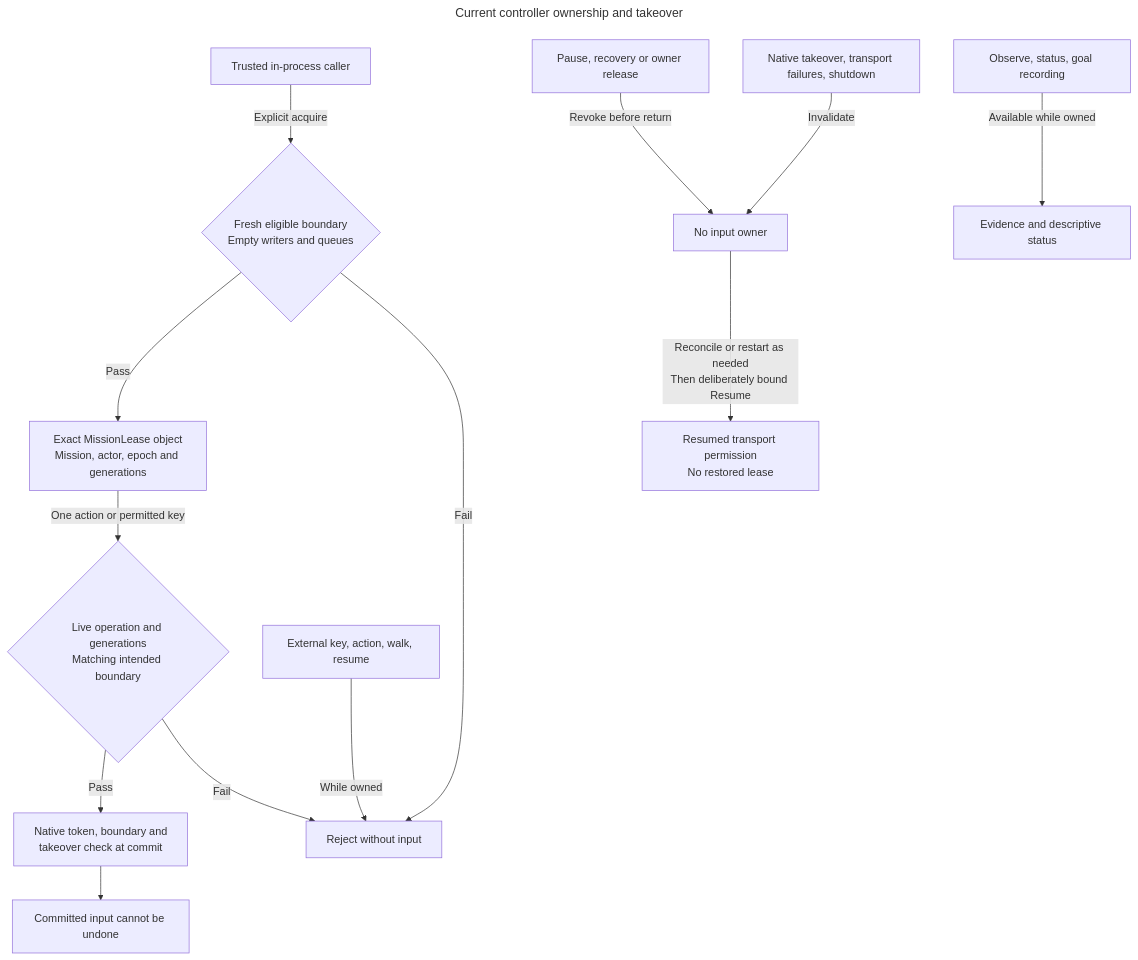
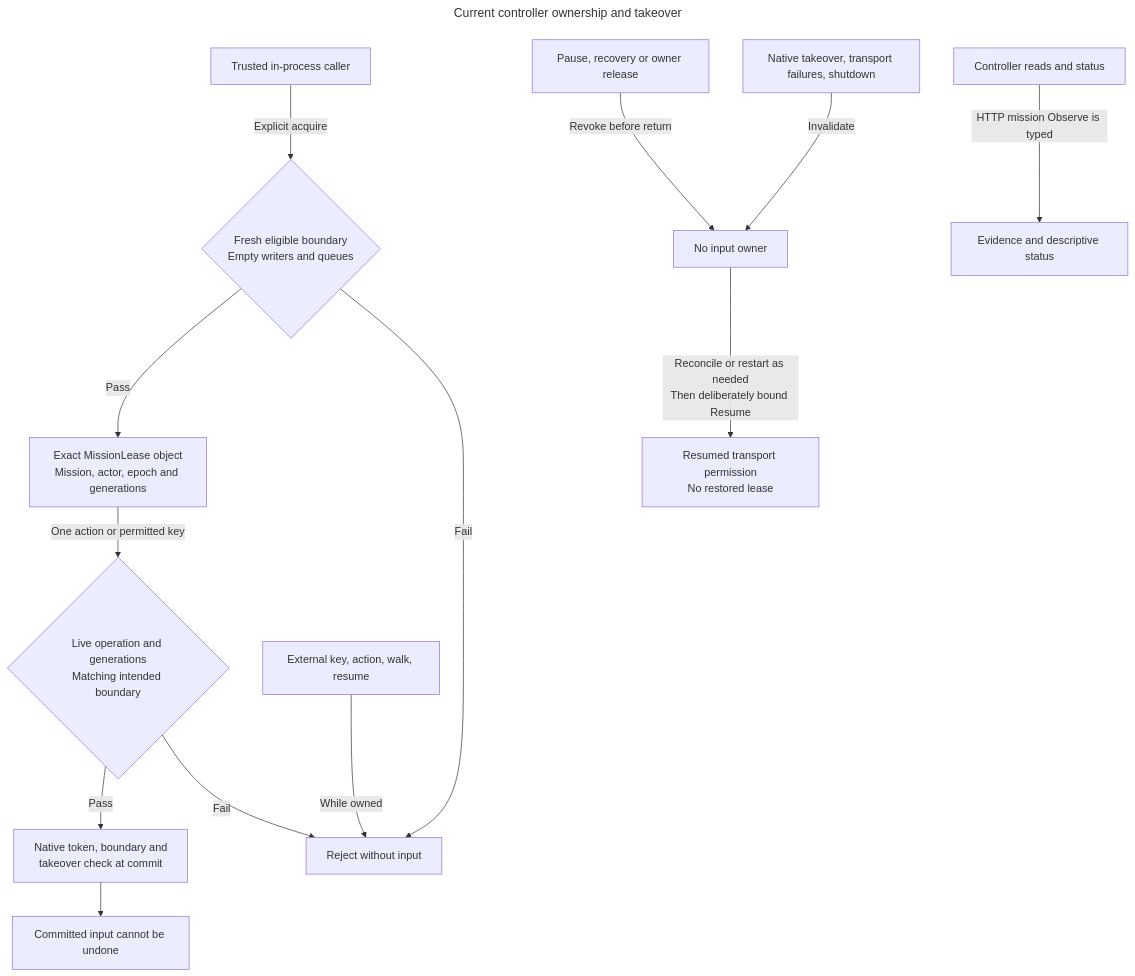
Before and after one commit to CVX-Hull/enactive: the diagram in docs/diagrams/run-ownership.mmd, drawn with Mermaid. The commit also changed 43 other files, not shown here.

Commit message:
Replace live waypoint ingress with the mission runtime

```diff
--- a/docs/diagrams/run-ownership.mmd
+++ b/docs/diagrams/run-ownership.mmd
@@ -1,18 +1,18 @@
 ---
 title: Current controller ownership and takeover
 ---
 flowchart TD
   accTitle: One mission operation owns input until revoked
-  accDescr: A trusted caller acquires a process-local capability only with fresh evidence eligible for its operation and empty queues. Navigation requires normal play; interaction and lifecycle can use supported menus. Each action or key rechecks the exact lease, host Pause and native takeover generations, and intended session/revision/boundary. Competing external input is rejected. Observe, status and goal recording remain available. Pause and recovery revoke ownership, and native takeover, transport failures and shutdown invalidate it. Resume does not reacquire. Native commit cannot be undone. The trusted runtime must separately admit the operation and lifecycle continuation; controller capability alone is not autonomous play.
+  accDescr: A trusted caller acquires a process-local capability only with fresh evidence eligible for its operation and empty queues. Navigation requires normal play; interaction and lifecycle can use supported menus. Each action or key rechecks the exact lease, host Pause and native takeover generations, and intended session/revision/boundary. Competing external input is rejected. Controller reads remain available; HTTP routes a nonterminal mission Observe through typed ingress and blocks raw recovery/input. Status and Pause remain available. Pause and recovery revoke ownership, and native takeover, transport failures and shutdown invalidate it. Resume does not reacquire. Native commit cannot be undone. The trusted runtime must separately admit the operation and lifecycle continuation; controller capability alone is not autonomous play.
   Caller[Trusted in-process caller] -->|Explicit acquire| Gate{Fresh eligible boundary<br/>Empty writers and queues}
   Gate -->|Pass| Lease[Exact MissionLease object<br/>Mission, actor, epoch and generations]
   Gate -->|Fail| Reject[Reject without input]
   Lease -->|One action or permitted key| Check{Live operation and generations<br/>Matching intended boundary}
   Check -->|Pass| Native[Native token, boundary and<br/>takeover check at commit]
   Check -->|Fail| Reject
   External[External key, action, walk, resume] -->|While owned| Reject
   Operator[Pause, recovery or owner release] -->|Revoke before return| Revoke[No input owner]
   Invalidate[Native takeover, transport failures, shutdown] -->|Invalidate| Revoke
   Revoke -->|Reconcile or restart as needed<br/>Then deliberately bound Resume| Manual[Resumed transport permission<br/>No restored lease]
-  Read[Observe, status, goal recording] -->|Available while owned| View[Evidence and descriptive status]
+  Read["Controller reads and status"] -->|"HTTP mission Observe is typed"| View["Evidence and descriptive status"]
   Native --> Limit[Committed input cannot be undone]
```
